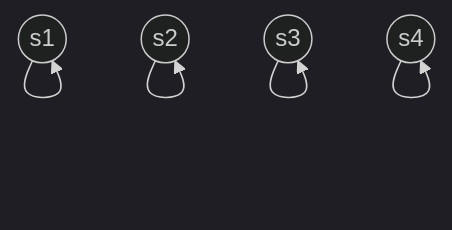
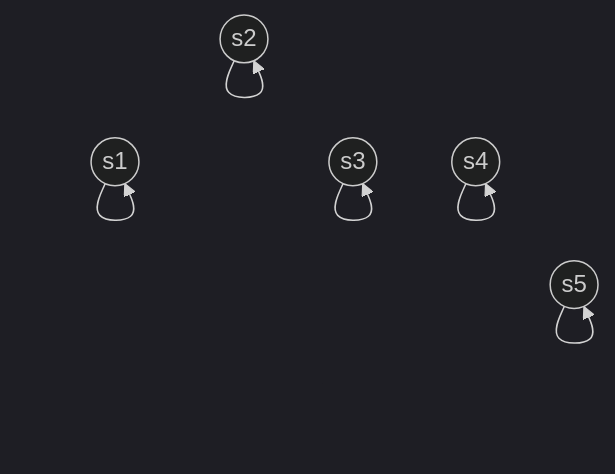
One commit to bfeitknecht/vault changed the diagram in wiki/identity relation.md. Above: the diagram before and after it, drawn with Mermaid (dark theme). The commit also changed other lines of this file and 1 other file, not shown here.

Commit message:
backup: 2024-10-16T14:46:40+02:00 from MacBook Pro (echo)
Affected files:
wiki/equivalence relation.md
wiki/identity relation.md

````diff
--- a/wiki/identity relation.md
+++ b/wiki/identity relation.md
@@ -6,13 +7,15 @@
 ```mermaid
 flowchart TD
 
 s1((s1))
 s2((s2))
 s3((s3))
 s4((s4))
+s5((s5))
 
-s1 --> s1
-s2 --> s2
-s3 --> s3
-s4 --> s4
+s1 --> s1 ~~~ s5
+s2 --> s2 ~~~
+s3 --> s3 ~~~ s5
+s4 --> s4 ~~~
+s5 --> s5
 ```
````
